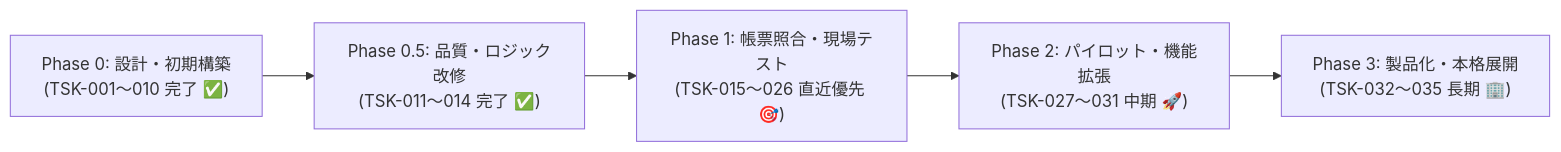
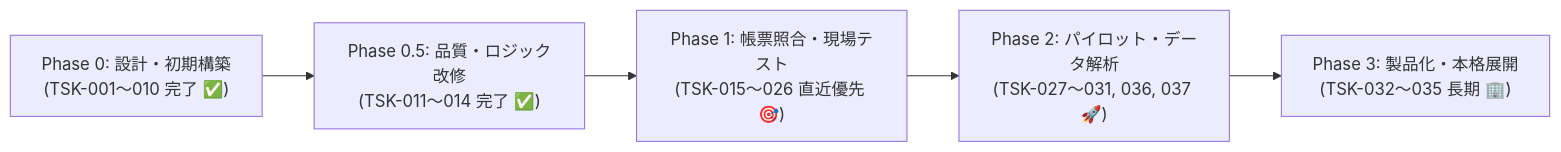
One commit to SHOMASATOADV/einou changed the diagram in docs/task_roadmap.md. Above: the diagram before and after it, drawn with Mermaid. The commit also changed other lines of this file, not shown here.

Commit message:
docs: add data analysis tasks TSK-036 and TSK-037 to task roadmap

````diff
--- a/docs/task_roadmap.md
+++ b/docs/task_roadmap.md
@@ -5,7 +5,7 @@
 ```mermaid
 flowchart LR
     P0["Phase 0: 設計・初期構築\n(TSK-001〜010 完了 ✅)"] --> P05["Phase 0.5: 品質・ロジック改修\n(TSK-011〜014 完了 ✅)"]
     P05 --> P1["Phase 1: 帳票照合・現場テスト\n(TSK-015〜026 直近優先 🎯)"]
-    P1 --> P2["Phase 2: パイロット・機能拡張\n(TSK-027〜031 中期 🚀)"]
+    P1 --> P2["Phase 2: パイロット・データ解析\n(TSK-027〜031, 036, 037 🚀)"]
     P2 --> P3["Phase 3: 製品化・本格展開\n(TSK-032〜035 長期 🏢)"]
 ```
````
